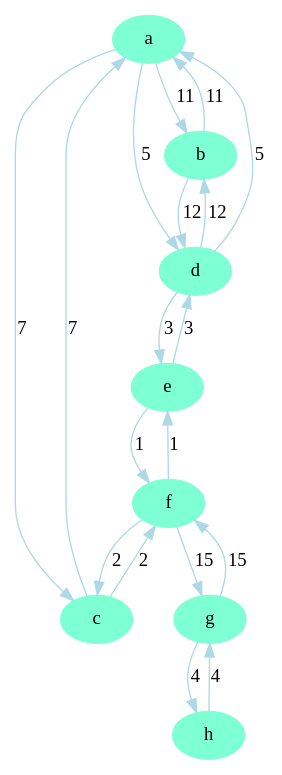
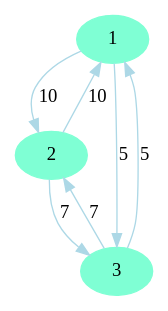
Before and after one commit to CarlosMatheus/Distributed-Minimum-Spanning-Tree: the diagram in run/output/graph000.gv, drawn with Graphviz. The commit also changed 132 other files, not shown here.

```diff
--- a/run/output/graph000.gv
+++ b/run/output/graph000.gv
@@ -1,28 +1,11 @@
 digraph "output/graph000" {
-	a [color=aquamarine style=filled]
-	b [color=aquamarine style=filled]
-	c [color=aquamarine style=filled]
-	d [color=aquamarine style=filled]
-	e [color=aquamarine style=filled]
-	f [color=aquamarine style=filled]
-	g [color=aquamarine style=filled]
-	h [color=aquamarine style=filled]
-	a -> b [label=11 color=lightblue]
-	b -> a [label=11 color=lightblue]
-	a -> c [label=7 color=lightblue]
-	c -> a [label=7 color=lightblue]
-	a -> d [label=5 color=lightblue]
-	d -> a [label=5 color=lightblue]
-	b -> d [label=12 color=lightblue]
-	d -> b [label=12 color=lightblue]
-	d -> e [label=3 color=lightblue]
-	e -> d [label=3 color=lightblue]
-	e -> f [label=1 color=lightblue]
-	f -> e [label=1 color=lightblue]
-	c -> f [label=2 color=lightblue]
-	f -> c [label=2 color=lightblue]
-	f -> g [label=15 color=lightblue]
-	g -> f [label=15 color=lightblue]
-	g -> h [label=4 color=lightblue]
-	h -> g [label=4 color=lightblue]
+	1 [color=aquamarine style=filled]
+	2 [color=aquamarine style=filled]
+	3 [color=aquamarine style=filled]
+	1 -> 2 [label=10 color=lightblue]
+	2 -> 1 [label=10 color=lightblue]
+	2 -> 3 [label=7 color=lightblue]
+	3 -> 2 [label=7 color=lightblue]
+	1 -> 3 [label=5 color=lightblue]
+	3 -> 1 [label=5 color=lightblue]
 }
```
